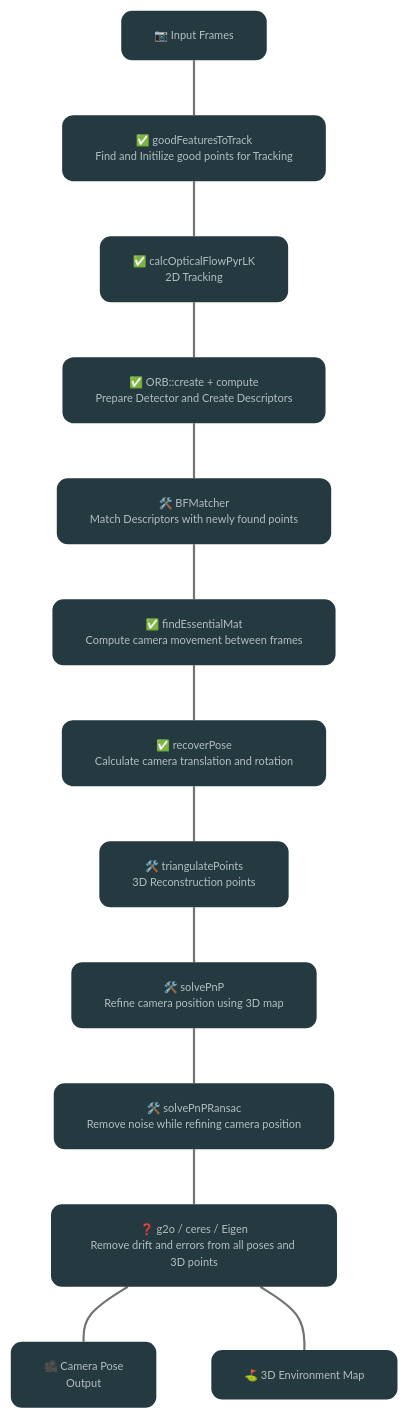
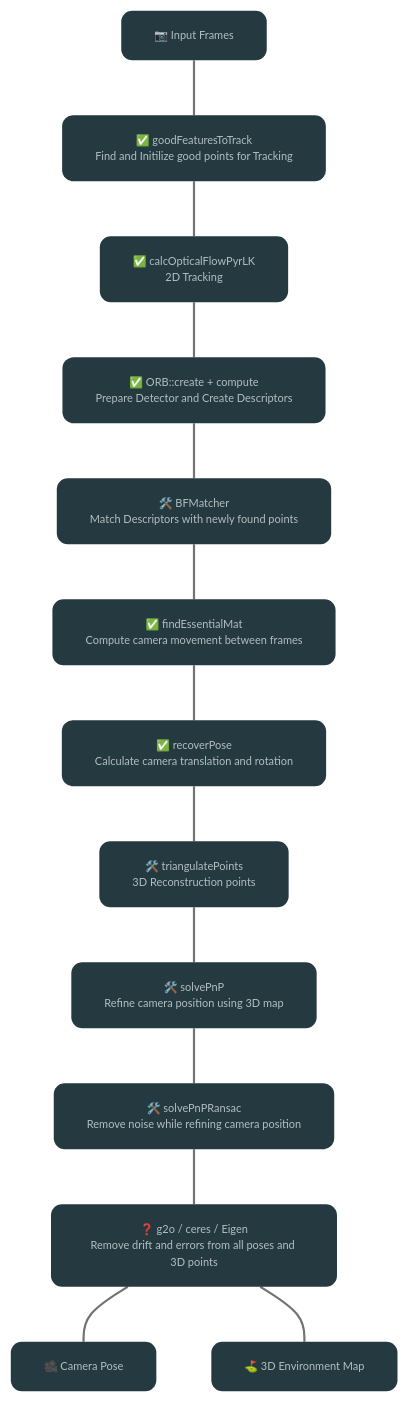
One commit to alexcubor/Yadviga-SLAM changed the diagram in README.md. Above: the diagram before and after it, drawn with Mermaid.

````diff
--- a/README.md
+++ b/README.md
@@ -9,60 +9,60 @@
 ```mermaid
 %%{init: {'theme': 'base', 'themeVariables': { 'fontSize': '12px', 'fontFamily': 'arial' }}}%%
 graph TD
     %% Input Node
     A["📷 Input Frames"]
     
     %% Feature Detection
     B["✅ goodFeaturesToTrack<br/>Find and Initilize good points for Tracking"]
     
     %% Optical Flow
     C["✅ calcOpticalFlowPyrLK<br/>2D Tracking"]
     
     %% Descriptors
     D["✅ ORB::create + compute<br/>Prepare Detector and Create Descriptors"]
     
     %% Feature Matching
     E["🛠️ BFMatcher<br/>Match Descriptors with newly found points"]
     
     %% Motion Estimation
     F["✅ findEssentialMat<br/>Compute camera movement between frames"]
     
     %% Pose Recovery
     G["✅ recoverPose<br/>Calculate camera translation and rotation"]
     
     %% 3D Reconstruction
     H["🛠️ triangulatePoints<br/>3D Reconstruction points"]
     
     %% Pose Estimation
     I["🛠️ solvePnP<br/>Refine camera position using 3D map"]
     
     %% RANSAC Filtering
     J["🛠️ solvePnPRansac<br/>Remove noise while refining camera position"]
     
     %% Bundle Adjustment
     K["❓ g2o / ceres / Eigen<br/>Remove drift and errors from all poses and 3D points"]
     
     %% Output
-    P["🎥 Camera Pose<br/>Output"]
+    P["🎥 Camera Pose"]
     Q["⛳️ 3D Environment Map"]
     
     %% Linear pipeline flow
     A --- B
     B --- C
     C --- D
     D --- E
     E --- F
     F --- G
     G --- H
     H --- I
     I --- J
     J --- K
     K --- P
     K --- Q
     
     %% Unified styling for all nodes
     classDef default fill:#253941, stroke-width:0, rx:10,ry:10,font-size:10px,color:#b2bfc2
     
     %% Styling for arrows
     linkStyle default stroke:#737373,stroke-width:2px
 ```
````
